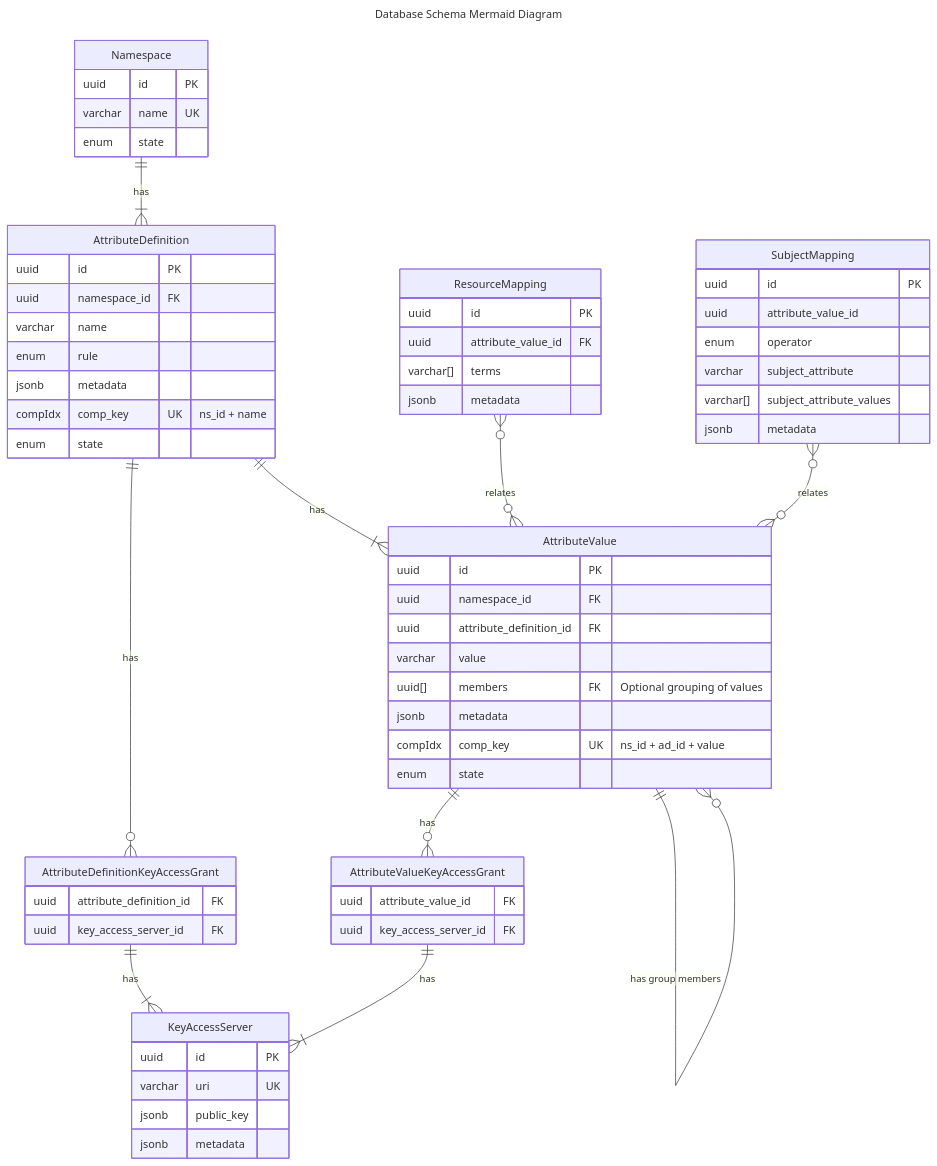
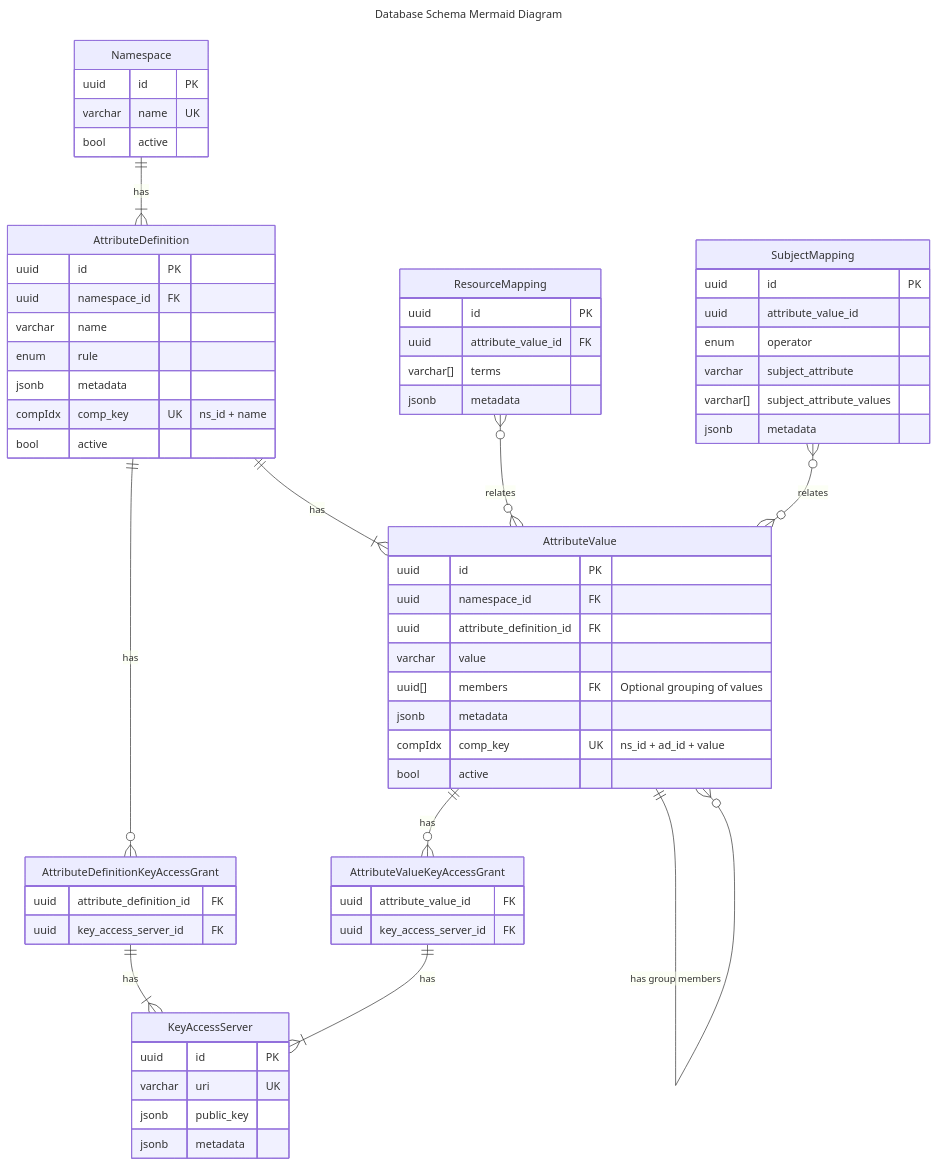
One commit to opentdf/platform changed the diagram in migrations/20240212000000_schema_erd.md. Above: the diagram before and after it, drawn with Mermaid. The commit also changed 1 other file, not shown here.

Commit message:
change state enum to active bool column in schema migration/erd

```diff
--- a/migrations/20240212000000_schema_erd.md
+++ b/migrations/20240212000000_schema_erd.md
@@ -33,7 +33,7 @@
     Namespace {
         uuid        id   PK
         varchar     name UK
-        enum        state
+        bool        active
     }
 
     AttributeDefinition {
@@ -43,7 +43,7 @@
         enum         rule
         jsonb        metadata
         compIdx      comp_key     UK "ns_id + name"
-        enum         state
+        bool         active
     }
 
     AttributeDefinitionKeyAccessGrant {
@@ -59,7 +59,7 @@
         uuid[]       members                 FK "Optional grouping of values"
         jsonb        metadata
         compIdx      comp_key                UK "ns_id + ad_id + value"
-        enum         state
+        bool         active
     }
 
     AttributeValueKeyAccessGrant {
```
